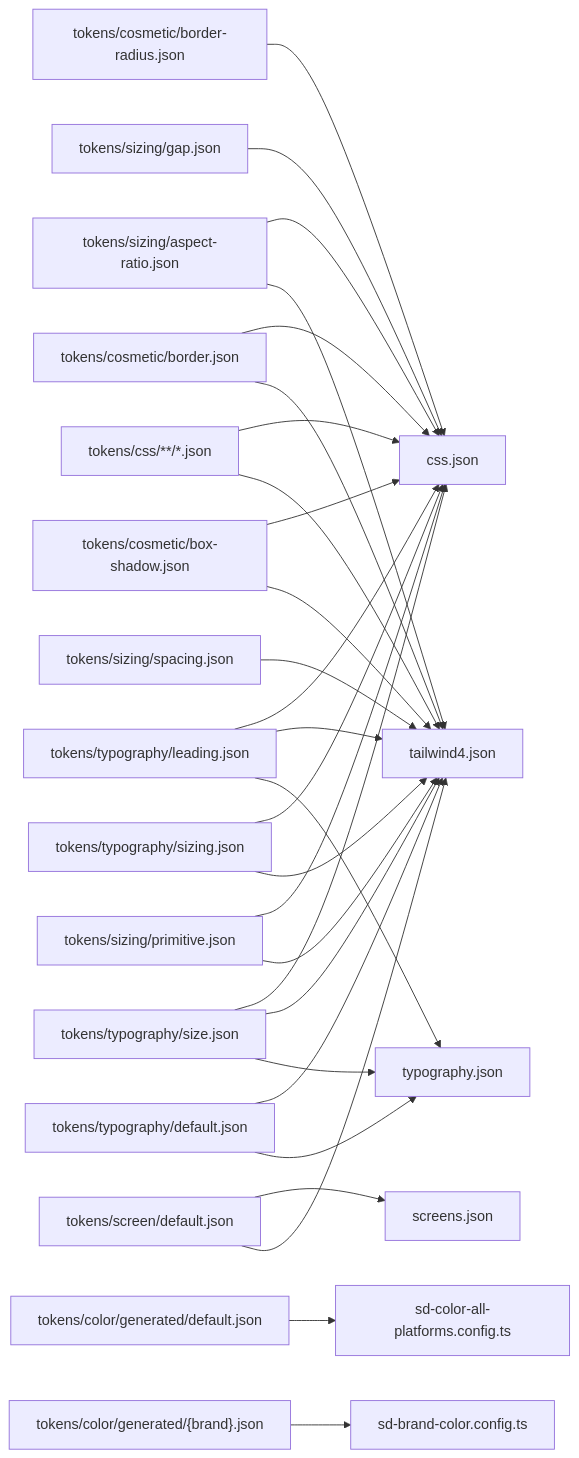
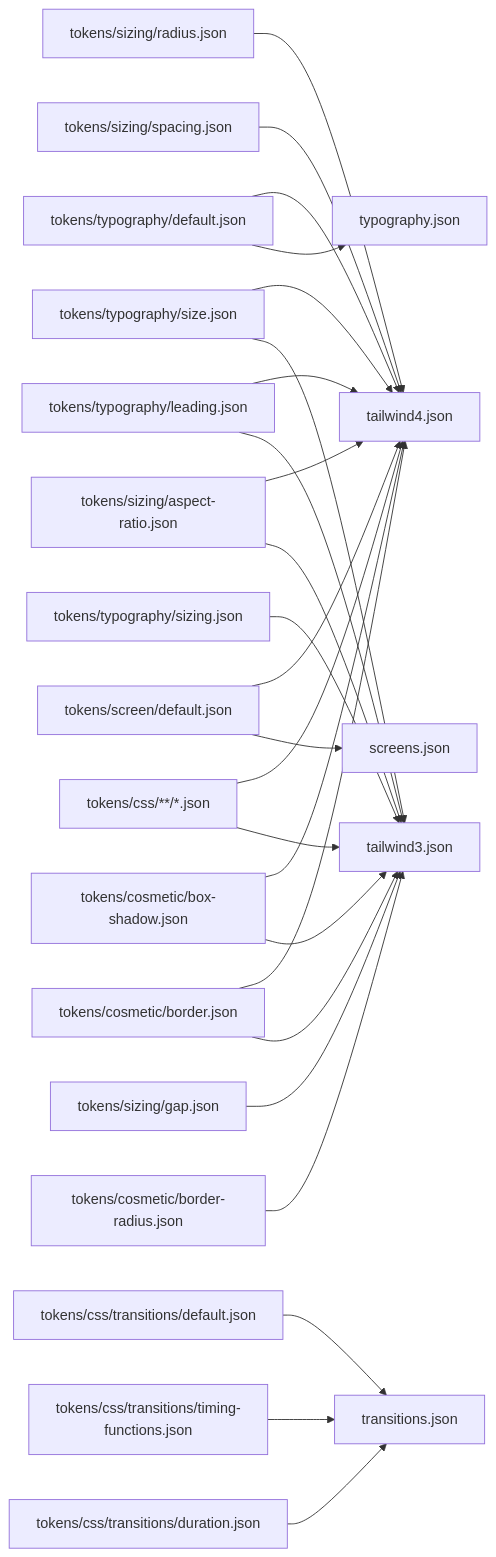
One commit to magma-design-system/magma changed the second of 2 diagrams in projects/design-tokens/src/config/README.md. Above: the diagram before and after it, drawn with Mermaid. The commit also changed other lines of this file and 12 other files, not shown here.

````diff
--- a/projects/design-tokens/src/config/README.md
+++ b/projects/design-tokens/src/config/README.md
@@ -53,41 +37,27 @@
 ```mermaid
 flowchart LR
-  %% File → css.json
-  bradius["tokens/cosmetic/border-radius.json"] --> css["css.json"]
-  border["tokens/cosmetic/border.json"] --> css
-  bshadow["tokens/cosmetic/box-shadow.json"] --> css
-  csswild["tokens/css/**/*.json"] --> css
-  aspect["tokens/sizing/aspect-ratio.json"] --> css
-  gap["tokens/sizing/gap.json"] --> css
-  lead["tokens/typography/leading.json"] --> css
-  size["tokens/typography/size.json"] --> css
-  sizing["tokens/typography/sizing.json"] --> css
-  primitive["tokens/sizing/primitive.json"] --> css
-
-  %% File → screens.json
-  screenDefault["tokens/screen/default.json"] --> screens["screens.json"]
-
-  %% File → tailwind4.json
-  spacing["tokens/sizing/spacing.json"] --> tw["tailwind4.json"]
-  aspect --> tw
-  defaultType["tokens/typography/default.json"] --> tw
-  lead --> tw
-  size --> tw
-  csswild --> tw
-  border --> tw
-  bshadow --> tw
-  screenDefault --> tw
-  primitive --> tw
-  sizing --> tw
-
-  %% File → typography.json
-  defaultType --> typo["typography.json"]
-  lead --> typo
-  size --> typo
-
-  %% File → sd-color-all-platforms.config.ts
-  defColor["tokens/color/generated/default.json"] --> colorAll["sd-color-all-platforms.config.ts"]
-
-  %% File → sd-brand-color.config.ts
-  brandToken["tokens/color/generated/{brand}.json"] --> brandColor["sd-brand-color.config.ts"]
+  tokens_typography_default_json["tokens/typography/default.json"] --> typography_json["typography.json"]
+  tokens_typography_default_json["tokens/typography/default.json"] --> tailwind4_json["tailwind4.json"]
+  tokens_cosmetic_border_radius_json["tokens/cosmetic/border-radius.json"] --> tailwind3_json["tailwind3.json"]
+  tokens_cosmetic_border_json["tokens/cosmetic/border.json"] --> tailwind3_json["tailwind3.json"]
+  tokens_cosmetic_border_json["tokens/cosmetic/border.json"] --> tailwind4_json["tailwind4.json"]
+  tokens_cosmetic_box_shadow_json["tokens/cosmetic/box-shadow.json"] --> tailwind3_json["tailwind3.json"]
+  tokens_cosmetic_box_shadow_json["tokens/cosmetic/box-shadow.json"] --> tailwind4_json["tailwind4.json"]
+  tokens_css______json["tokens/css/**/*.json"] --> tailwind3_json["tailwind3.json"]
+  tokens_css______json["tokens/css/**/*.json"] --> tailwind4_json["tailwind4.json"]
+  tokens_sizing_aspect_ratio_json["tokens/sizing/aspect-ratio.json"] --> tailwind3_json["tailwind3.json"]
+  tokens_sizing_aspect_ratio_json["tokens/sizing/aspect-ratio.json"] --> tailwind4_json["tailwind4.json"]
+  tokens_sizing_gap_json["tokens/sizing/gap.json"] --> tailwind3_json["tailwind3.json"]
+  tokens_typography_leading_json["tokens/typography/leading.json"] --> tailwind3_json["tailwind3.json"]
+  tokens_typography_leading_json["tokens/typography/leading.json"] --> tailwind4_json["tailwind4.json"]
+  tokens_typography_size_json["tokens/typography/size.json"] --> tailwind3_json["tailwind3.json"]
+  tokens_typography_size_json["tokens/typography/size.json"] --> tailwind4_json["tailwind4.json"]
+  tokens_typography_sizing_json["tokens/typography/sizing.json"] --> tailwind3_json["tailwind3.json"]
+  tokens_screen_default_json["tokens/screen/default.json"] --> screens_json["screens.json"]
+  tokens_screen_default_json["tokens/screen/default.json"] --> tailwind4_json["tailwind4.json"]
+  tokens_sizing_spacing_json["tokens/sizing/spacing.json"] --> tailwind4_json["tailwind4.json"]
+  tokens_sizing_radius_json["tokens/sizing/radius.json"] --> tailwind4_json["tailwind4.json"]
+  tokens_css_transitions_duration_json["tokens/css/transitions/duration.json"] --> transitions_json["transitions.json"]
+  tokens_css_transitions_timing_functions_json["tokens/css/transitions/timing-functions.json"] --> transitions_json["transitions.json"]
+  tokens_css_transitions_default_json["tokens/css/transitions/default.json"] --> transitions_json["transitions.json"]
 ```
````
